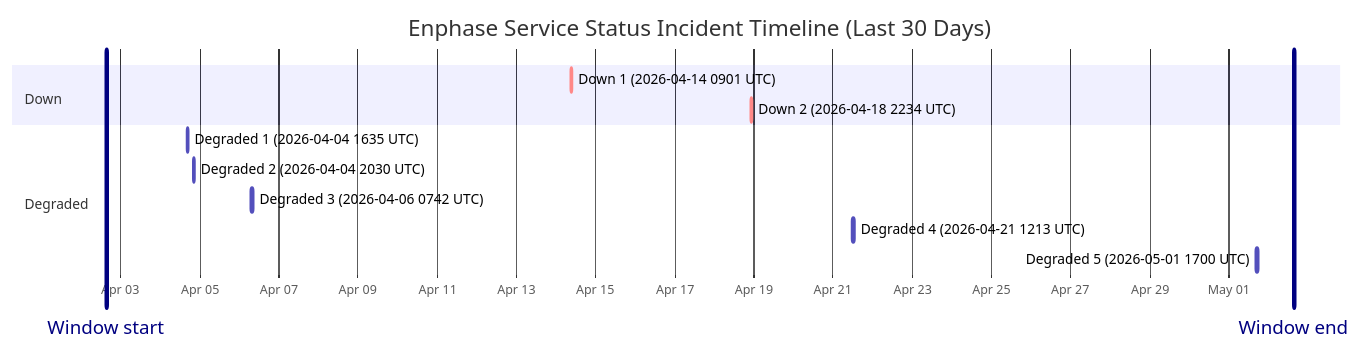
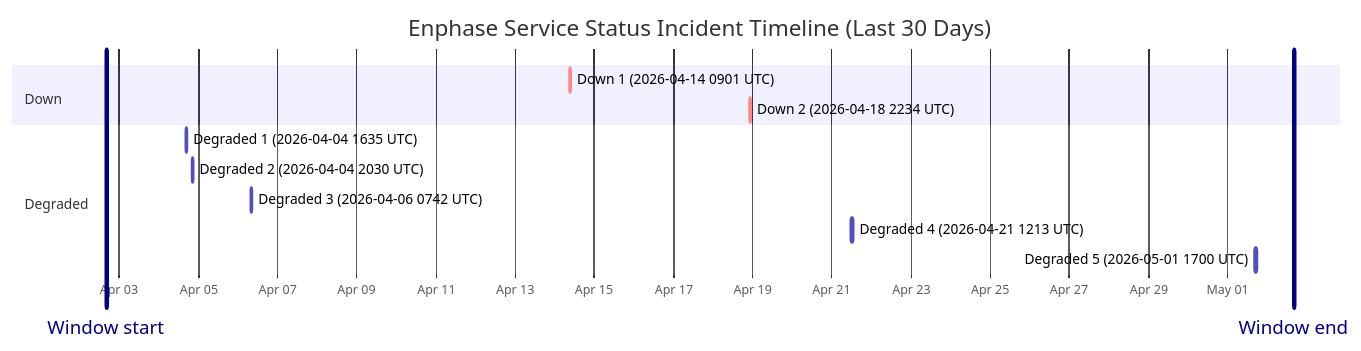
Before and after one commit to barneyonline/ha-enphase-ev-charger: the diagram in wiki/Service-Status-History.md, drawn with Mermaid. The commit also changed other lines of this file and 3 other files, not shown here.

````diff
--- a/wiki/Service-Status-History.md
+++ b/wiki/Service-Status-History.md
@@ -14,17 +14,17 @@
 ```mermaid
 gantt
     title Enphase Service Status Incident Timeline (Last 30 Days)
     dateFormat  YYYY-MM-DDTHH:mm:ss
     axisFormat  %b %d
-    Window start :vert, window-start, 2026-04-02T15:25:14, 0ms
-    Window end :vert, window-end, 2026-05-02T15:25:14, 0ms
+    Window start :vert, window-start, 2026-04-02T16:09:25, 0ms
+    Window end :vert, window-end, 2026-05-02T16:09:25, 0ms
     section Down
     Down 1 (2026-04-14 0901 UTC) :crit, down-1, 2026-04-14T09:01:13, 60m
     Down 2 (2026-04-18 2234 UTC) :crit, down-2, 2026-04-18T22:34:13, 60m
     section Degraded
     Degraded 1 (2026-04-04 1635 UTC) :active, degraded-1, 2026-04-04T16:35:17, 60m
     Degraded 2 (2026-04-04 2030 UTC) :active, degraded-2, 2026-04-04T20:30:40, 60m
     Degraded 3 (2026-04-06 0742 UTC) :active, degraded-3, 2026-04-06T07:42:09, 85m
     Degraded 4 (2026-04-21 1213 UTC) :active, degraded-4, 2026-04-21T12:13:11, 60m
     Degraded 5 (2026-05-01 1700 UTC) :active, degraded-5, 2026-05-01T17:00:22, 60m
 ```
````
